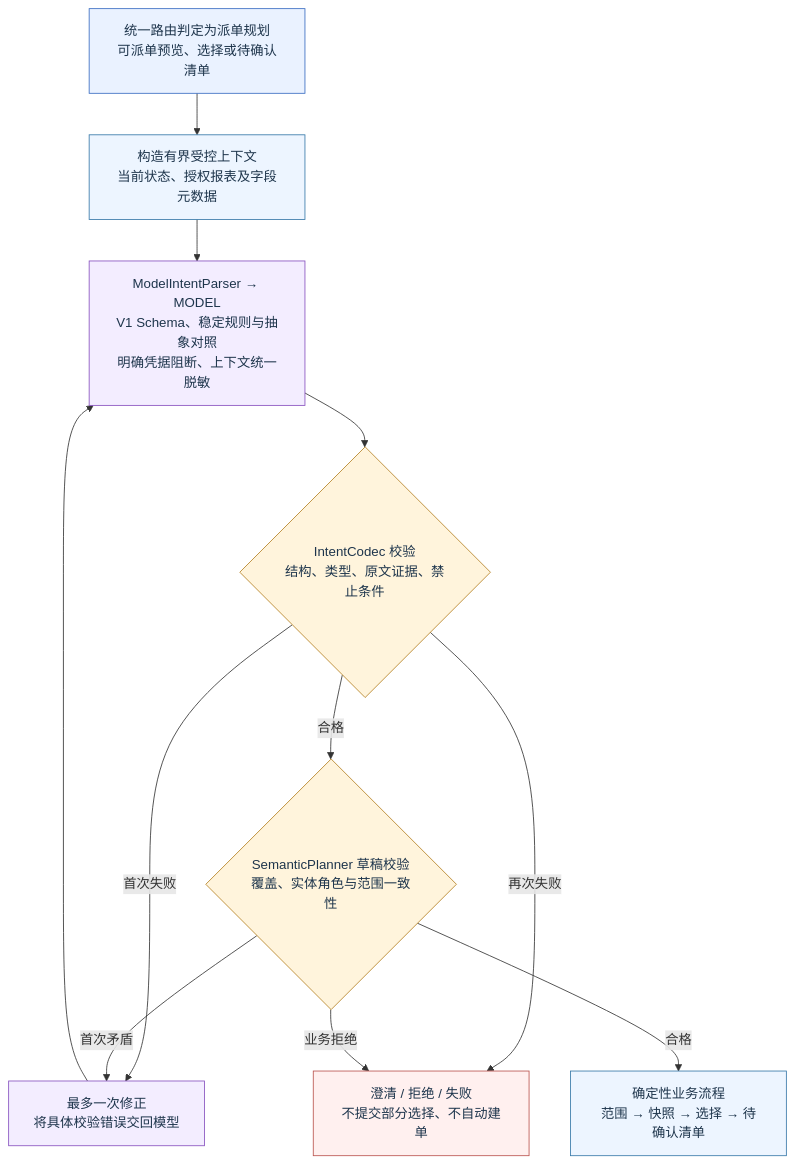
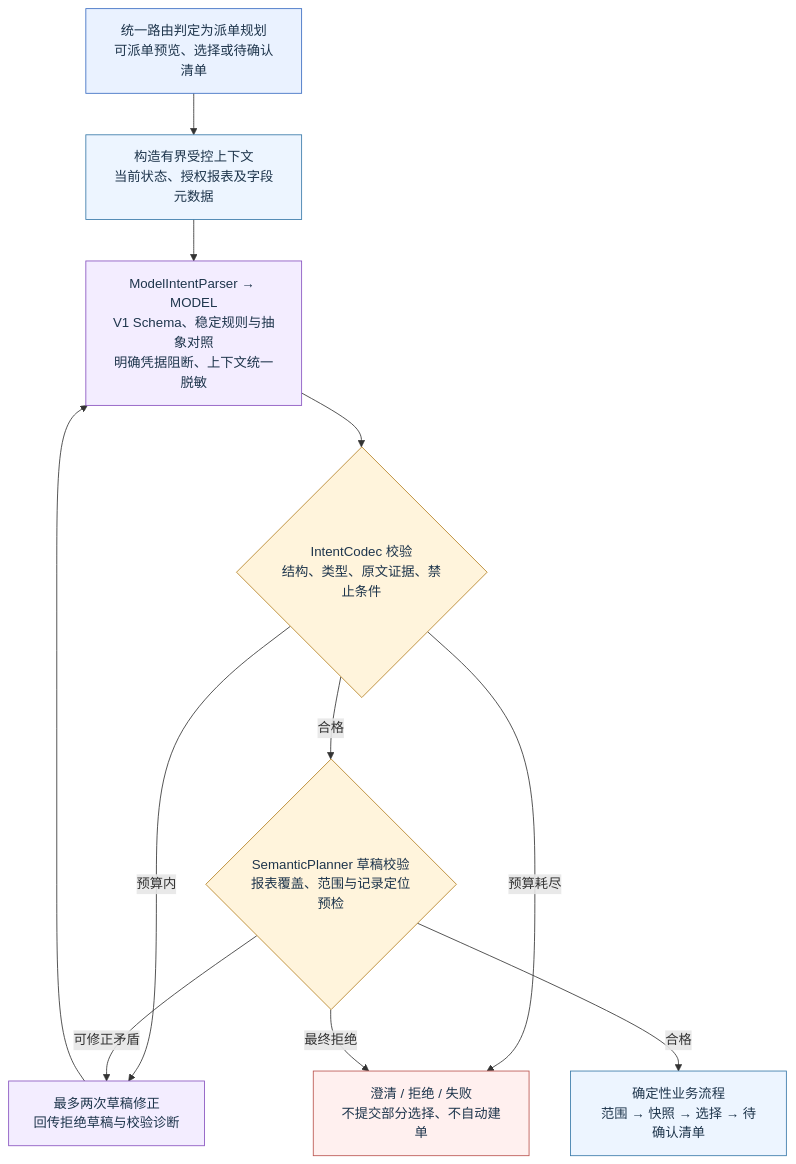
The diagram in docs/diagrams/demo-final/02.mmd (QSZJAVA/agent_demo), drawn with Mermaid before and after one commit. The commit also changed 62 other files, not shown here.

```diff
--- a/docs/diagrams/demo-final/02.mmd
+++ b/docs/diagrams/demo-final/02.mmd
@@ -1,26 +1,26 @@
 flowchart TD
   in["统一路由判定为派单规划<br/>可派单预览、选择或待确认清单"]:::ui
   context["构造有界受控上下文<br/>当前状态、授权报表及字段元数据"]:::agent
   model["ModelIntentParser → MODEL<br/>V1 Schema、稳定规则与抽象对照<br/>明确凭据阻断、上下文统一脱敏"]:::model
   codec{"IntentCodec 校验<br/>结构、类型、原文证据、禁止条件"}:::guard
-  retry["最多一次修正<br/>将具体校验错误交回模型"]:::model
-  draft{"SemanticPlanner 草稿校验<br/>覆盖、实体角色与范围一致性"}:::guard
+  retry["最多两次草稿修正<br/>回传拒绝草稿与校验诊断"]:::model
+  draft{"SemanticPlanner 草稿校验<br/>报表覆盖、范围与记录定位预检"}:::guard
   fail["澄清 / 拒绝 / 失败<br/>不提交部分选择、不自动建单"]:::error
   apply["确定性业务流程<br/>范围 → 快照 → 选择 → 待确认清单"]:::agent
   in --> context
   context --> model
   model --> codec
-  codec -->|"首次失败"| retry
+  codec -->|"预算内"| retry
   retry --> model
   codec -->|"合格"| draft
-  draft -->|"首次矛盾"| retry
-  codec -->|"再次失败"| fail
-  draft -->|"业务拒绝"| fail
+  draft -->|"可修正矛盾"| retry
+  codec -->|"预算耗尽"| fail
+  draft -->|"最终拒绝"| fail
   draft -->|"合格"| apply
   classDef ui fill:#eaf2ff,stroke:#386bc1,color:#1e354c
   classDef agent fill:#edf5ff,stroke:#3778a8,color:#1e354c
   classDef model fill:#f3edff,stroke:#8751bf,color:#1e354c
   classDef business fill:#e8f7ef,stroke:#268255,color:#1e354c
   classDef guard fill:#fff4dc,stroke:#b58022,color:#1e354c
   classDef error fill:#fff0ef,stroke:#ba534e,color:#1e354c
   classDef store fill:#edf1f5,stroke:#60768b,color:#1e354c
```
